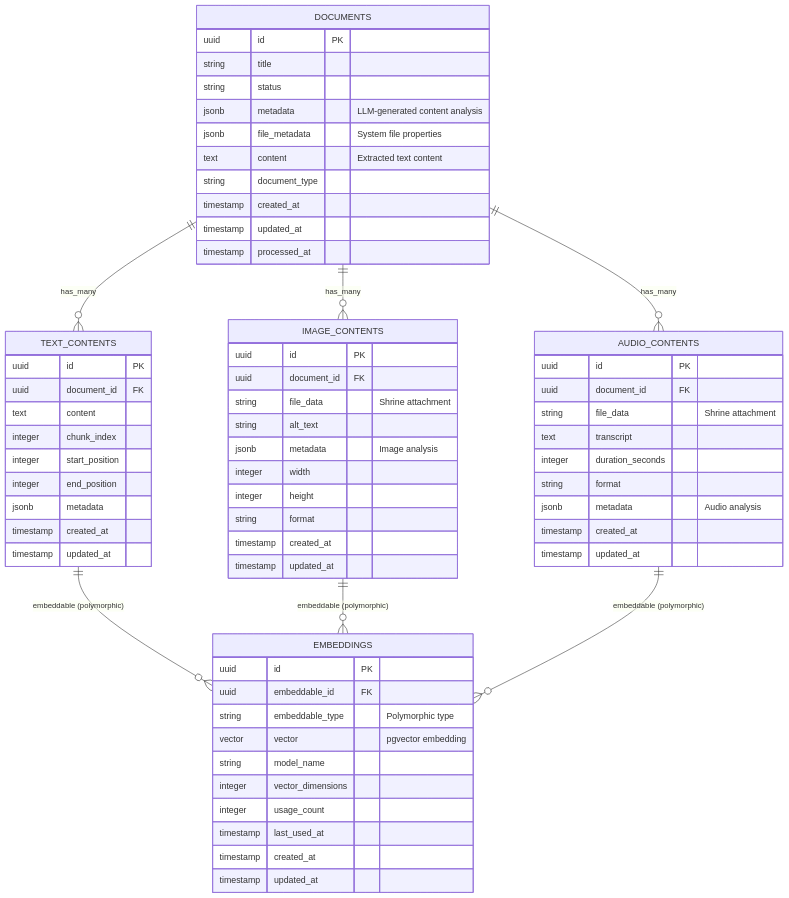
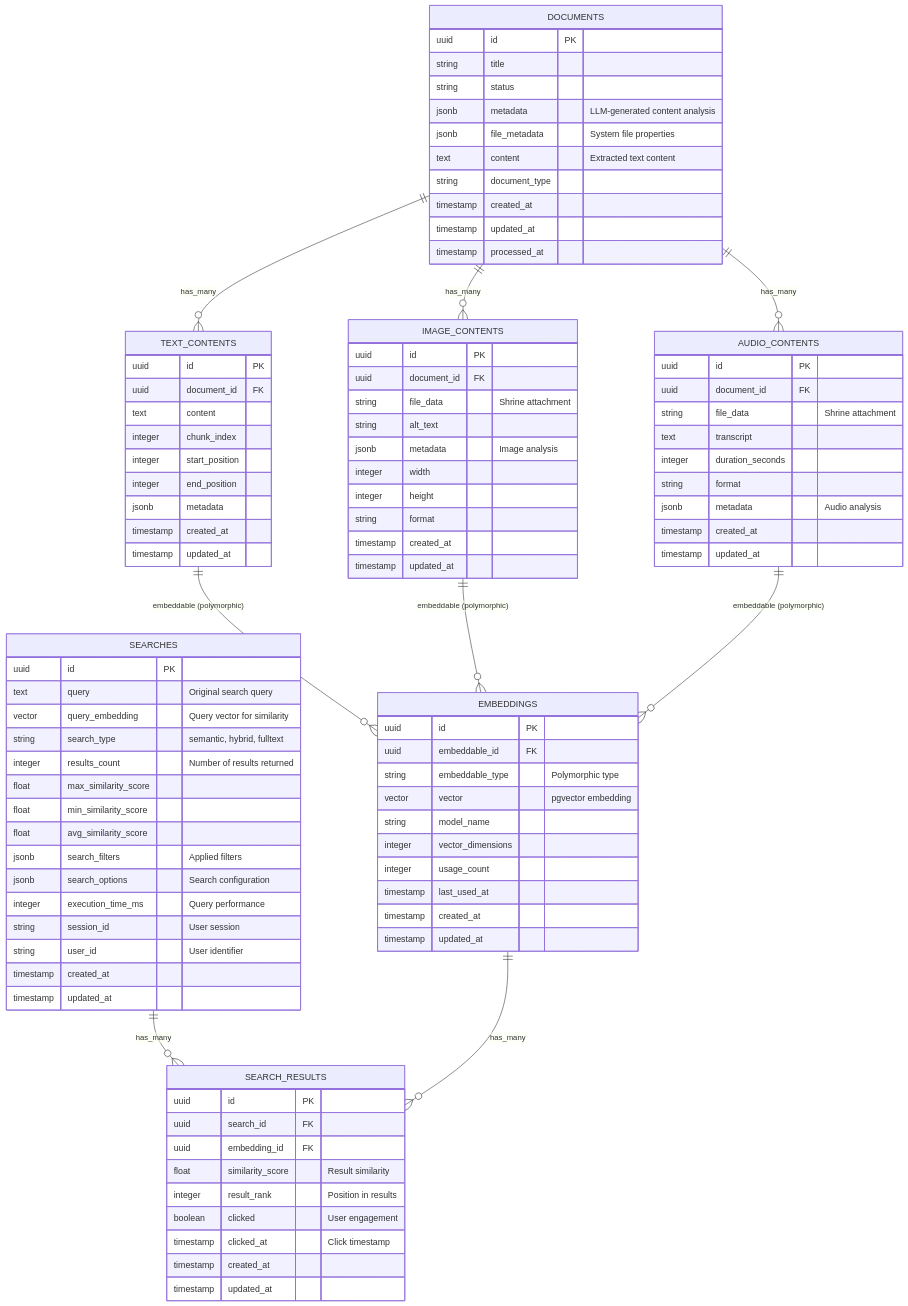
Before and after one commit to MadBomber/ragdoll-docs: the fifth of 6 diagrams in docs/development/architecture.md, drawn with Mermaid. The commit also changed other lines of this file and 4 other files, not shown here.

First line of the commit message:
feat(architecture): add search tracking model and analytics

````diff
--- a/docs/development/architecture.md
+++ b/docs/development/architecture.md
@@ -539,6 +547,36 @@
         timestamp updated_at
     }
     
+    SEARCHES {
+        uuid id PK
+        text query "Original search query"
+        vector query_embedding "Query vector for similarity"
+        string search_type "semantic, hybrid, fulltext"
+        integer results_count "Number of results returned"
+        float max_similarity_score
+        float min_similarity_score
+        float avg_similarity_score
+        jsonb search_filters "Applied filters"
+        jsonb search_options "Search configuration"
+        integer execution_time_ms "Query performance"
+        string session_id "User session"
+        string user_id "User identifier"
+        timestamp created_at
+        timestamp updated_at
+    }
+    
+    SEARCH_RESULTS {
+        uuid id PK
+        uuid search_id FK
+        uuid embedding_id FK
+        float similarity_score "Result similarity"
+        integer result_rank "Position in results"
+        boolean clicked "User engagement"
+        timestamp clicked_at "Click timestamp"
+        timestamp created_at
+        timestamp updated_at
+    }
+    
     %% Relationships
     DOCUMENTS ||--o{ TEXT_CONTENTS : "has_many"
     DOCUMENTS ||--o{ IMAGE_CONTENTS : "has_many"
@@ -547,4 +585,7 @@
     TEXT_CONTENTS ||--o{ EMBEDDINGS : "embeddable (polymorphic)"
     IMAGE_CONTENTS ||--o{ EMBEDDINGS : "embeddable (polymorphic)"
     AUDIO_CONTENTS ||--o{ EMBEDDINGS : "embeddable (polymorphic)"
+    
+    SEARCHES ||--o{ SEARCH_RESULTS : "has_many"
+    EMBEDDINGS ||--o{ SEARCH_RESULTS : "has_many"
 ```
````
